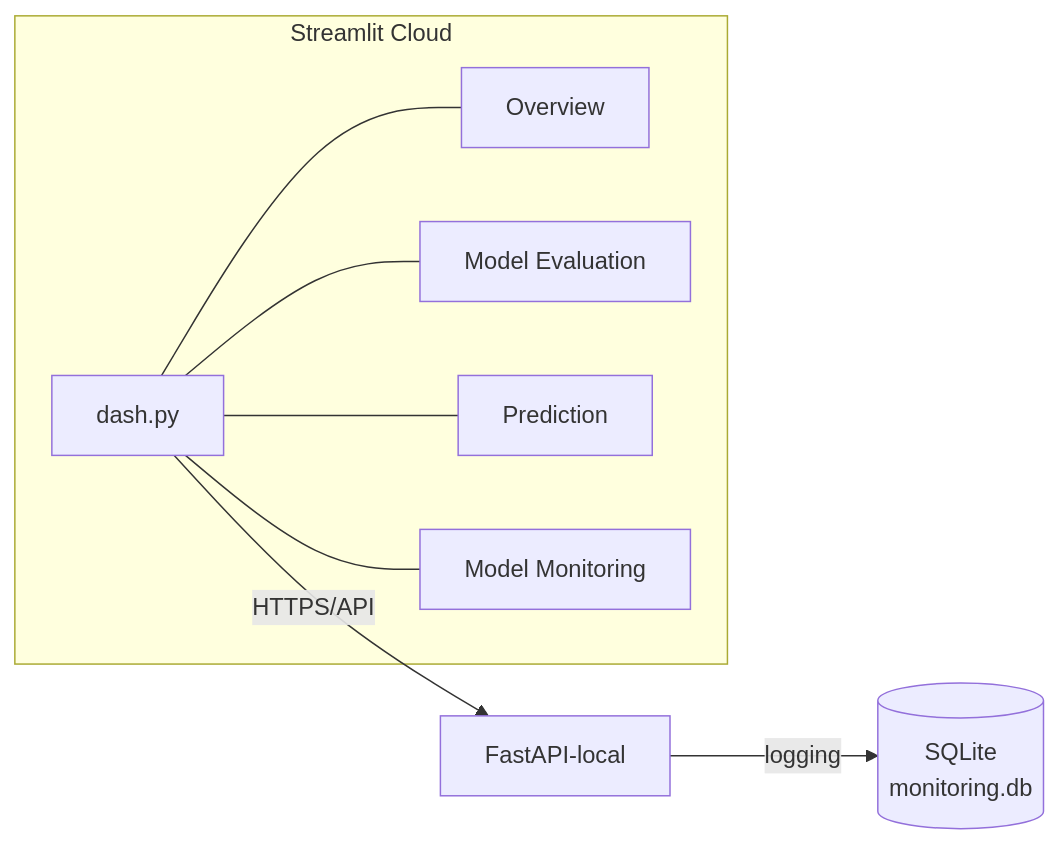
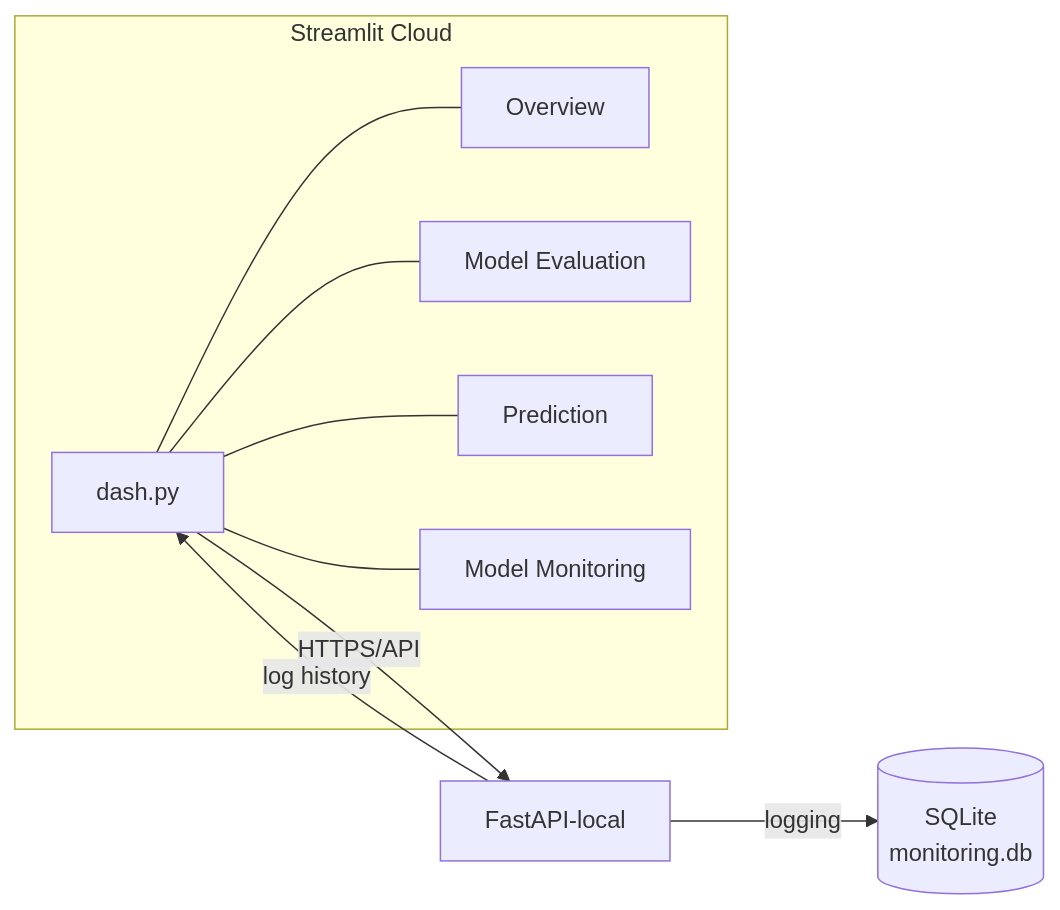
The diagram in README.md (NFP-05/heart-disease-prediction), drawn with Mermaid before and after one commit.

Commit message:
Complete the mermaid diagram data flow

````diff
--- a/README.md
+++ b/README.md
@@ -159,13 +159,14 @@
 ```mermaid
 flowchart LR
     subgraph Frontend["Streamlit Cloud"]
         A[dash.py]
         A --- P1[Overview]
         A --- P2[Model Evaluation]
         A --- P3[Prediction]
         A --- P4[Model Monitoring]
     end
 
     A -- "HTTPS/API" --> B[FastAPI-local]
     B -- "logging" --> DB[(SQLite<br/>monitoring.db)]
+    B -- "log history" --> A
 ```
````
